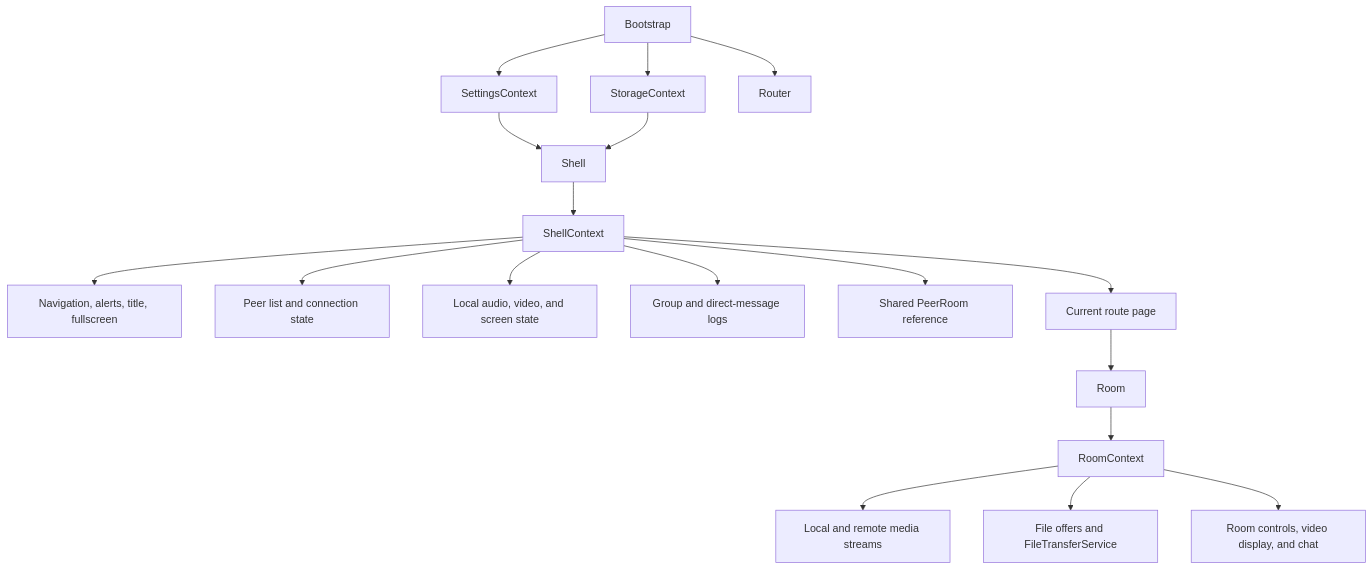
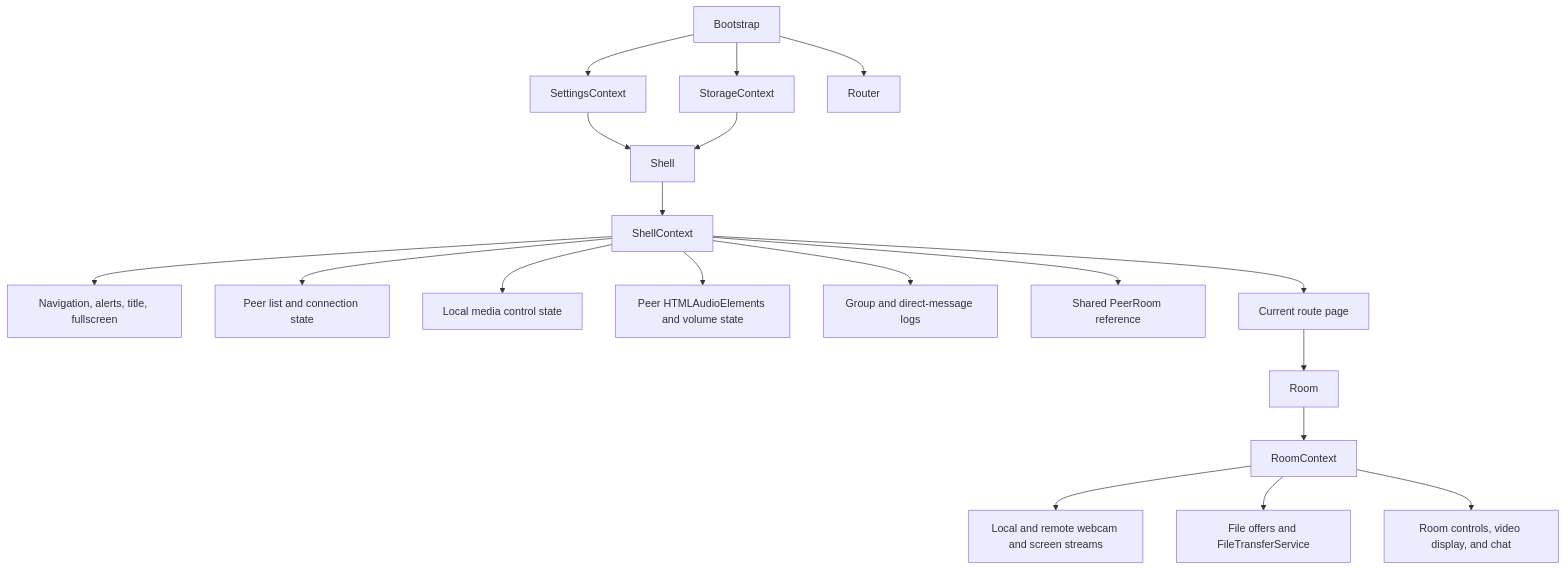
One commit to drunkod/chitchatter changed the second of 9 diagrams in docs/architecture/codebase-runtime.md. Above: the diagram before and after it, drawn with Mermaid. The commit also changed other lines of this file and 1 other file, not shown here.

Commit message:
Refine architecture docs for media and links

````diff
--- a/docs/architecture/codebase-runtime.md
+++ b/docs/architecture/codebase-runtime.md
@@ -47,22 +47,23 @@
 ```mermaid
 flowchart TD
     Bootstrap[Bootstrap] --> SettingsContext[SettingsContext]
     Bootstrap --> StorageContext[StorageContext]
     Bootstrap --> Router[Router]
     SettingsContext --> Shell[Shell]
     StorageContext --> Shell
 
     Shell --> ShellContext[ShellContext]
     ShellContext --> ShellState[Navigation, alerts, title, fullscreen]
     ShellContext --> PeerState[Peer list and connection state]
-    ShellContext --> MediaState[Local audio, video, and screen state]
+    ShellContext --> MediaState[Local media control state]
+    ShellContext --> PeerAudio[Peer HTMLAudioElements and volume state]
     ShellContext --> MessageState[Group and direct-message logs]
     ShellContext --> PeerRoomRef[Shared PeerRoom reference]
 
     ShellContext --> RoutePage[Current route page]
     RoutePage --> Room[Room]
     Room --> RoomContext[RoomContext]
-    RoomContext --> Streams[Local and remote media streams]
+    RoomContext --> VisualStreams[Local and remote webcam and screen streams]
     RoomContext --> FileOffers[File offers and FileTransferService]
     RoomContext --> RoomView[Room controls, video display, and chat]
 ```
````
